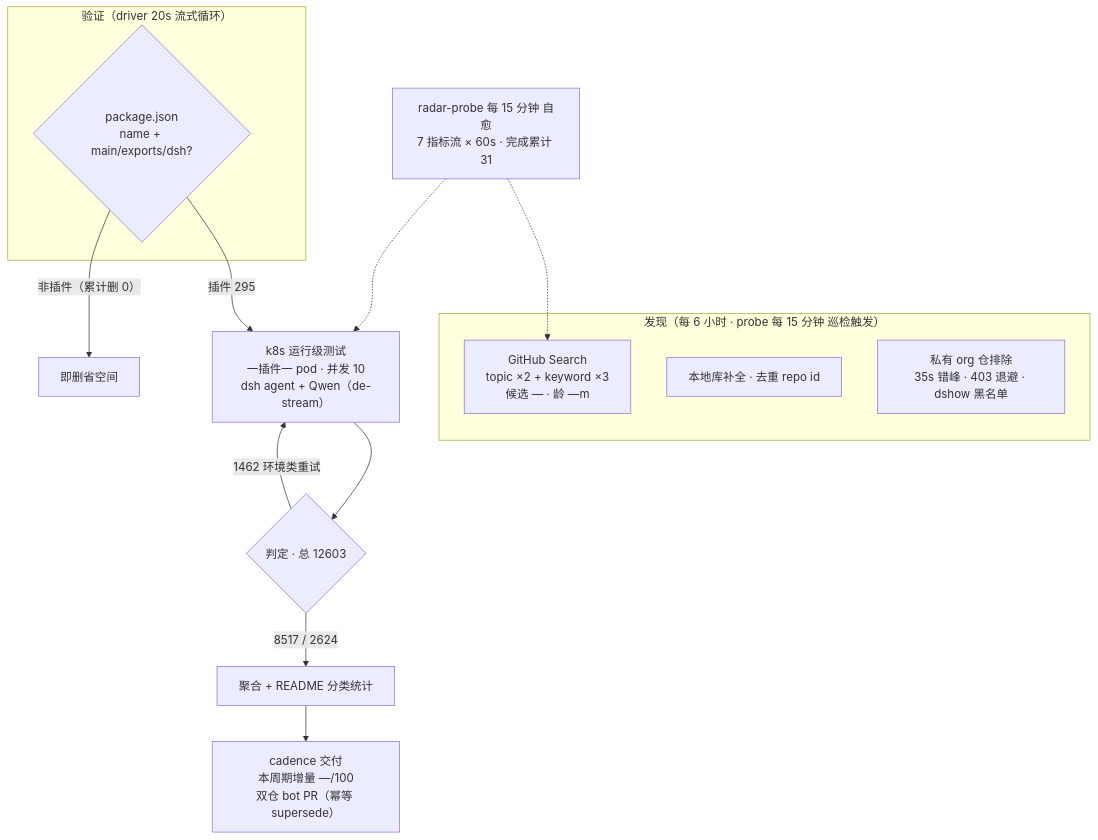
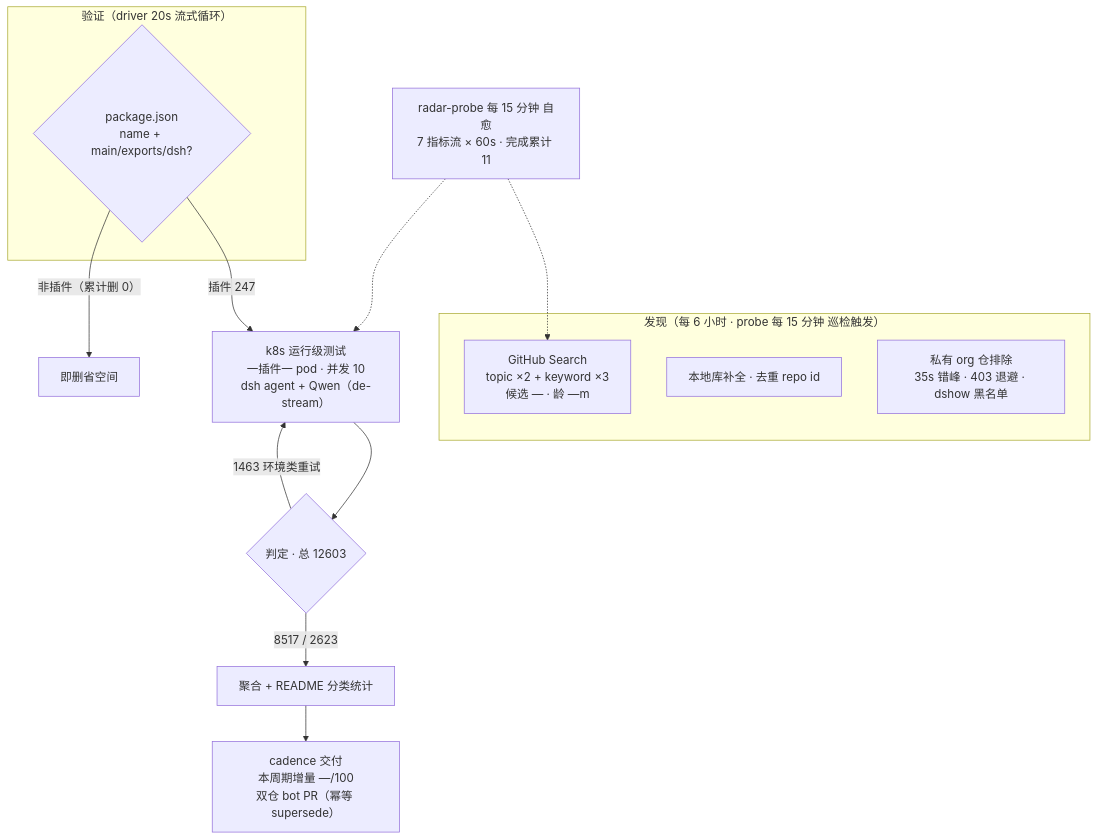
One commit to AdamPlatin123/awesome-dsh-plugins changed the diagram in README.md. Above: the diagram before and after it, drawn with Mermaid. The commit also changed other lines of this file and 5 other files, not shown here.

````diff
--- a/README.md
+++ b/README.md
@@ -52,20 +52,20 @@
 ```mermaid
 flowchart TB
     subgraph Discovery["发现（每 6 小时 · probe 每 15 分钟 巡检触发）"]
         A1["GitHub Search<br/>topic ×2 + keyword ×3<br/>候选 — · 龄 —m"]
         A2["本地库补全 · 去重 repo id"]
         A3["私有 org 仓排除<br/>35s 错峰 · 403 退避 · dshow 黑名单"]
     end
     subgraph Validation["验证（driver 20s 流式循环）"]
         B1{"package.json<br/>name + main/exports/dsh?"}
     end
-    B1 -->|"插件 295"| C1["k8s 运行级测试<br/>一插件一 pod · 并发 10<br/>dsh agent + Qwen（de-stream）"]
+    B1 -->|"插件 247"| C1["k8s 运行级测试<br/>一插件一 pod · 并发 10<br/>dsh agent + Qwen（de-stream）"]
     B1 -->|"非插件（累计删 0）"| B3["即删省空间"]
     C1 --> D1{"判定 · 总 12603"}
-    D1 -->|"8517 / 2624"| E1["聚合 + README 分类统计"]
-    D1 -->|"1462 环境类重试"| C1
+    D1 -->|"8517 / 2623"| E1["聚合 + README 分类统计"]
+    D1 -->|"1463 环境类重试"| C1
     E1 --> E2["cadence 交付<br/>本周期增量 —/100<br/>双仓 bot PR（幂等 supersede）"]
-    M["radar-probe 每 15 分钟 自愈<br/>7 指标流 × 60s · 完成累计 31"]
+    M["radar-probe 每 15 分钟 自愈<br/>7 指标流 × 60s · 完成累计 11"]
     M -.-> A1
     M -.-> C1
 ```
````
